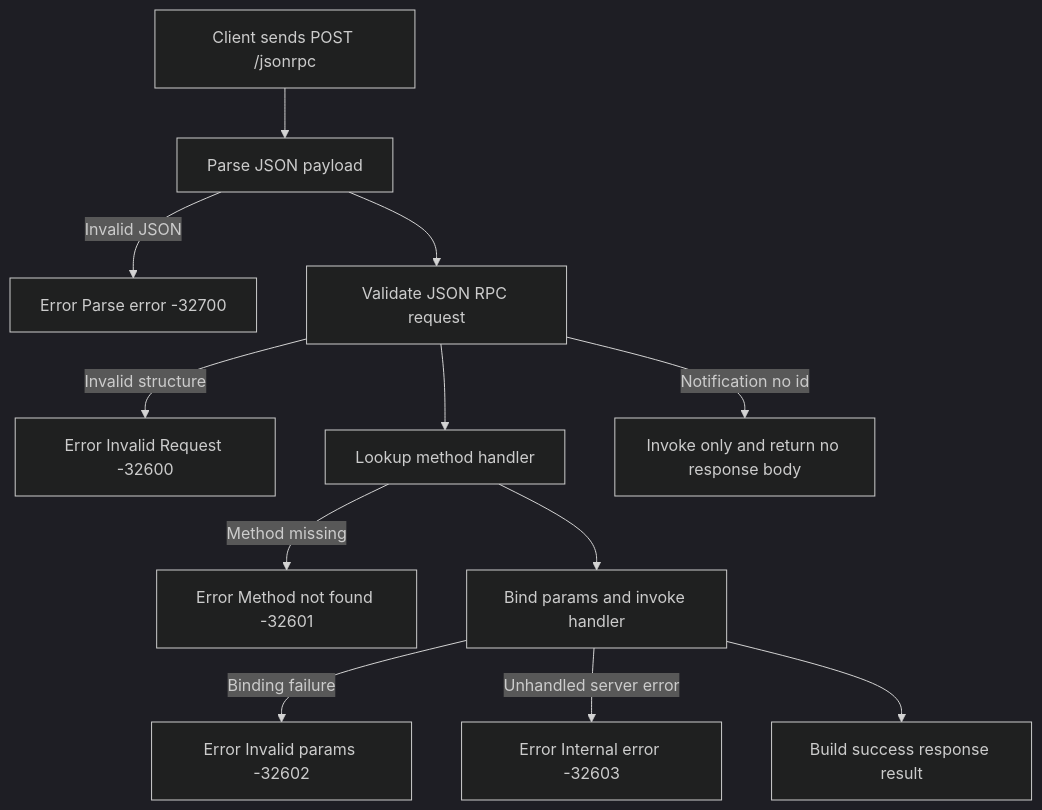
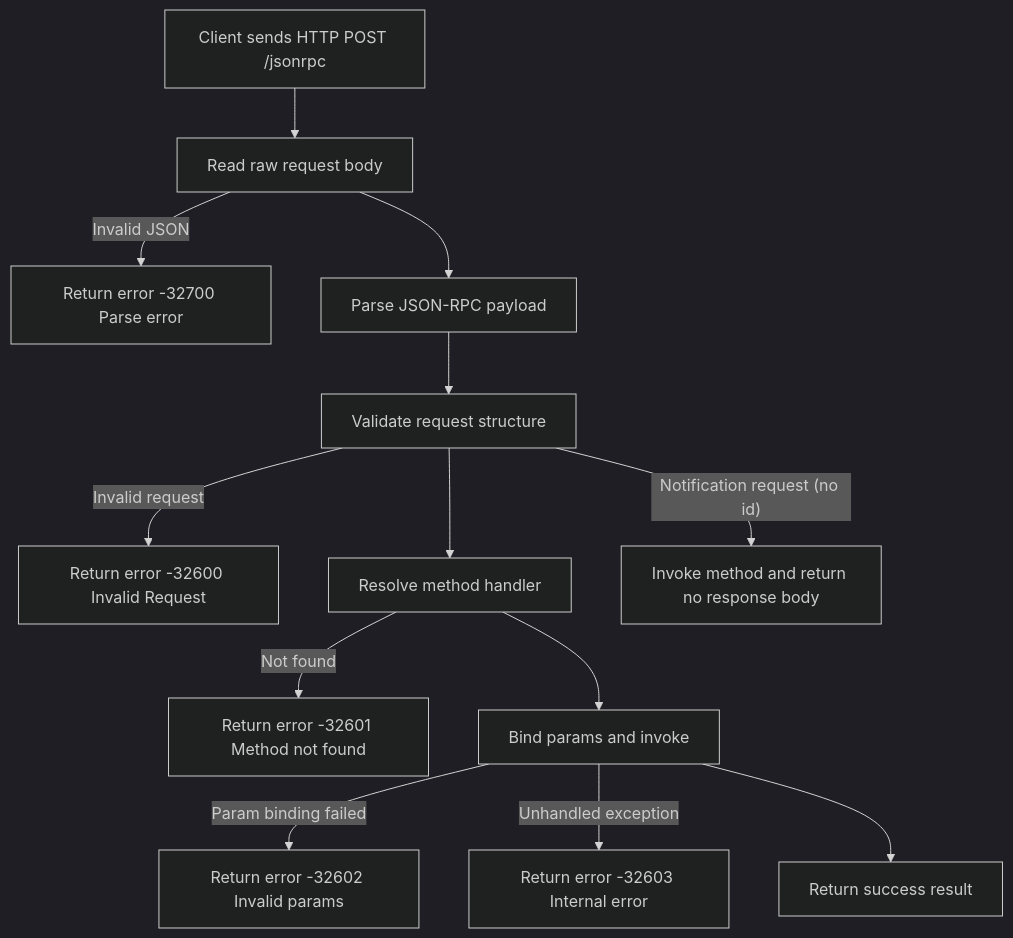
Before and after one commit to limehee/jsonrpc-spring-boot-starter: the diagram in README.md, drawn with Mermaid (dark theme). The commit also changed other lines of this file and 14 other files, not shown here.

````diff
--- a/README.md
+++ b/README.md
@@ -24,14 +105,15 @@
 ```mermaid
 flowchart TD
-    A["Client sends POST /jsonrpc"] --> B["Parse JSON payload"]
-    B -->|Invalid JSON| C["Error Parse error -32700"]
-    B --> D["Validate JSON RPC request"]
-    D -->|Invalid structure| E["Error Invalid Request -32600"]
-    D --> F["Lookup method handler"]
-    F -->|Method missing| G["Error Method not found -32601"]
-    F --> H["Bind params and invoke handler"]
-    H -->|Binding failure| I["Error Invalid params -32602"]
-    H -->|Unhandled server error| J["Error Internal error -32603"]
-    H --> K["Build success response result"]
-    D -->|Notification no id| N["Invoke only and return no response body"]
+    A["Client sends HTTP POST /jsonrpc"] --> B["Read raw request body"]
+    B -->|"Invalid JSON"| C["Return error -32700 Parse error"]
+    B --> D["Parse JSON-RPC payload"]
+    D --> E["Validate request structure"]
+    E -->|"Invalid request"| F["Return error -32600 Invalid Request"]
+    E --> G["Resolve method handler"]
+    G -->|"Not found"| H["Return error -32601 Method not found"]
+    G --> I["Bind params and invoke"]
+    I -->|"Param binding failed"| J["Return error -32602 Invalid params"]
+    I -->|"Unhandled exception"| K["Return error -32603 Internal error"]
+    I --> L["Return success result"]
+    E -->|"Notification request (no id)"| M["Invoke method and return no response body"]
 ```
````
